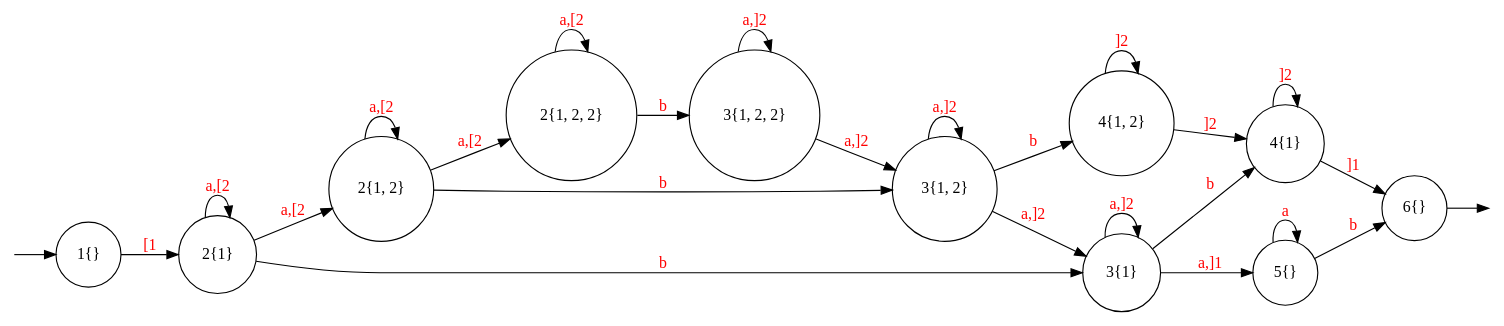
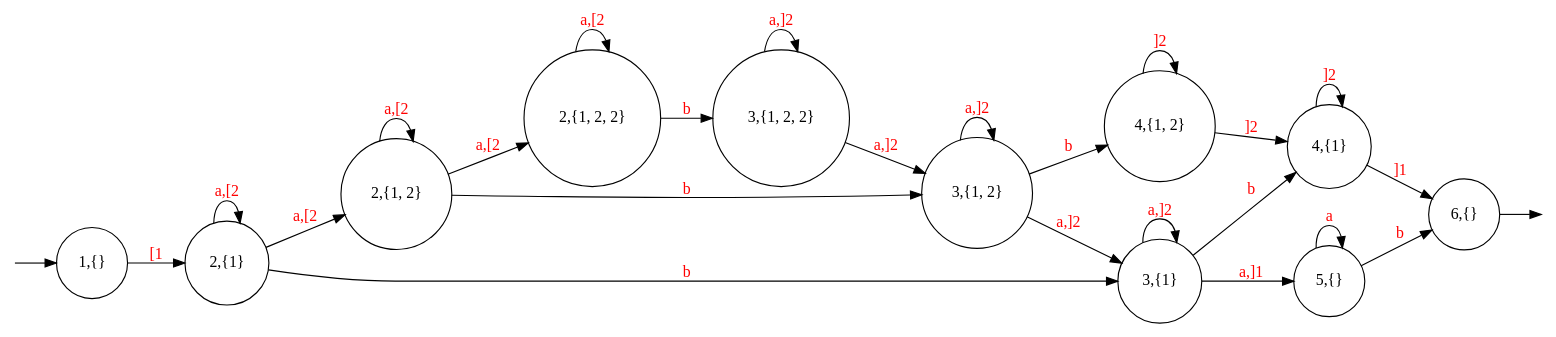
Before and after one commit to 0Marble/lgraphs: the diagram in text/graphs/normal_example_2_normal.dot, drawn with Graphviz. The commit also changed 19 other files, not shown here.

```diff
--- a/text/graphs/normal_example_2_normal.dot
+++ b/text/graphs/normal_example_2_normal.dot
@@ -1,32 +1,32 @@
 digraph {
         node [shape=circle];
         Q0 [style=invisible, height=0, width=0, fixedsize=true];
         Q1 [style=invisible, height=0, width=0, fixedsize=true];
         rankdir = "LR";
 
-        Q0 -> "1{}";
-        "6{}" -> Q1;
-        "2{1}" -> "2{1, 2}" [ label="a,[2", fontcolor=red];
-        "4{1, 2}" -> "4{1}" [ label="]2", fontcolor=red];
-        "2{1, 2}" -> "2{1, 2, 2}" [ label="a,[2", fontcolor=red];
-        "3{1, 2, 2}" -> "3{1, 2}" [ label="a,]2", fontcolor=red];
-        "5{}" -> "6{}" [ label="b", fontcolor=red];
-        "2{1}" -> "3{1}" [ label="b", fontcolor=red];
-        "3{1, 2}" -> "4{1, 2}" [ label="b", fontcolor=red];
-        "1{}" -> "2{1}" [ label="[1", fontcolor=red];
-        "3{1, 2}" -> "3{1}" [ label="a,]2", fontcolor=red];
-        "5{}" -> "5{}" [ label="a", fontcolor=red];
-        "4{1}" -> "6{}" [ label="]1", fontcolor=red];
-        "2{1, 2, 2}" -> "3{1, 2, 2}" [ label="b", fontcolor=red];
-        "3{1}" -> "4{1}" [ label="b", fontcolor=red];
-        "3{1}" -> "5{}" [ label="a,]1", fontcolor=red];
-        "2{1, 2}" -> "3{1, 2}" [ label="b", fontcolor=red];
-        "2{1}" -> "2{1}" [ label="a,[2", fontcolor=red];
-        "4{1}" -> "4{1}" [ label="]2", fontcolor=red];
-        "2{1, 2}" -> "2{1, 2}" [ label="a,[2", fontcolor=red];
-        "4{1, 2}" -> "4{1, 2}" [ label="]2", fontcolor=red];
-        "3{1}" -> "3{1}" [ label="a,]2", fontcolor=red];
-        "3{1, 2}" -> "3{1, 2}" [ label="a,]2", fontcolor=red];
-        "2{1, 2, 2}" -> "2{1, 2, 2}" [ label="a,[2", fontcolor=red];
-        "3{1, 2, 2}" -> "3{1, 2, 2}" [ label="a,]2", fontcolor=red];
+        Q0 -> "1,{}";
+        "6,{}" -> Q1;
+        "2,{1}" -> "2,{1, 2}" [ label="a,[2", fontcolor=red];
+        "4,{1, 2}" -> "4,{1}" [ label="]2", fontcolor=red];
+        "2,{1, 2}" -> "2,{1, 2, 2}" [ label="a,[2", fontcolor=red];
+        "3,{1, 2, 2}" -> "3,{1, 2}" [ label="a,]2", fontcolor=red];
+        "5,{}" -> "6,{}" [ label="b", fontcolor=red];
+        "2,{1}" -> "3,{1}" [ label="b", fontcolor=red];
+        "3,{1, 2}" -> "4,{1, 2}" [ label="b", fontcolor=red];
+        "1,{}" -> "2,{1}" [ label="[1", fontcolor=red];
+        "3,{1, 2}" -> "3,{1}" [ label="a,]2", fontcolor=red];
+        "5,{}" -> "5,{}" [ label="a", fontcolor=red];
+        "4,{1}" -> "6,{}" [ label="]1", fontcolor=red];
+        "2,{1, 2, 2}" -> "3,{1, 2, 2}" [ label="b", fontcolor=red];
+        "3,{1}" -> "4,{1}" [ label="b", fontcolor=red];
+        "3,{1}" -> "5,{}" [ label="a,]1", fontcolor=red];
+        "2,{1, 2}" -> "3,{1, 2}" [ label="b", fontcolor=red];
+        "2,{1}" -> "2,{1}" [ label="a,[2", fontcolor=red];
+        "4,{1}" -> "4,{1}" [ label="]2", fontcolor=red];
+        "2,{1, 2}" -> "2,{1, 2}" [ label="a,[2", fontcolor=red];
+        "4,{1, 2}" -> "4,{1, 2}" [ label="]2", fontcolor=red];
+        "3,{1}" -> "3,{1}" [ label="a,]2", fontcolor=red];
+        "3,{1, 2}" -> "3,{1, 2}" [ label="a,]2", fontcolor=red];
+        "2,{1, 2, 2}" -> "2,{1, 2, 2}" [ label="a,[2", fontcolor=red];
+        "3,{1, 2, 2}" -> "3,{1, 2, 2}" [ label="a,]2", fontcolor=red];
 }
```
